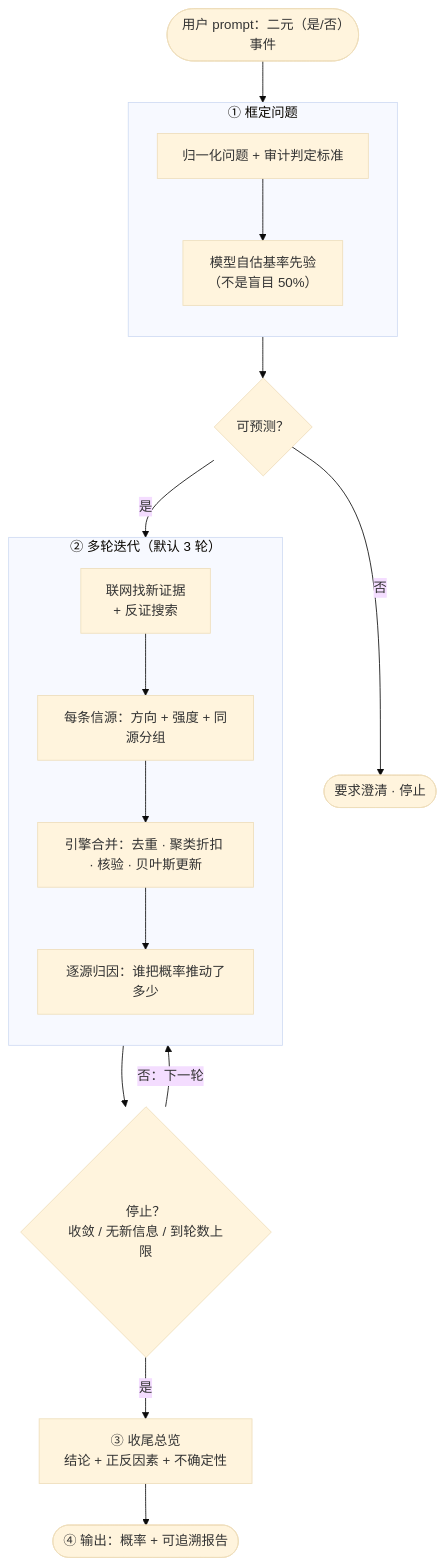
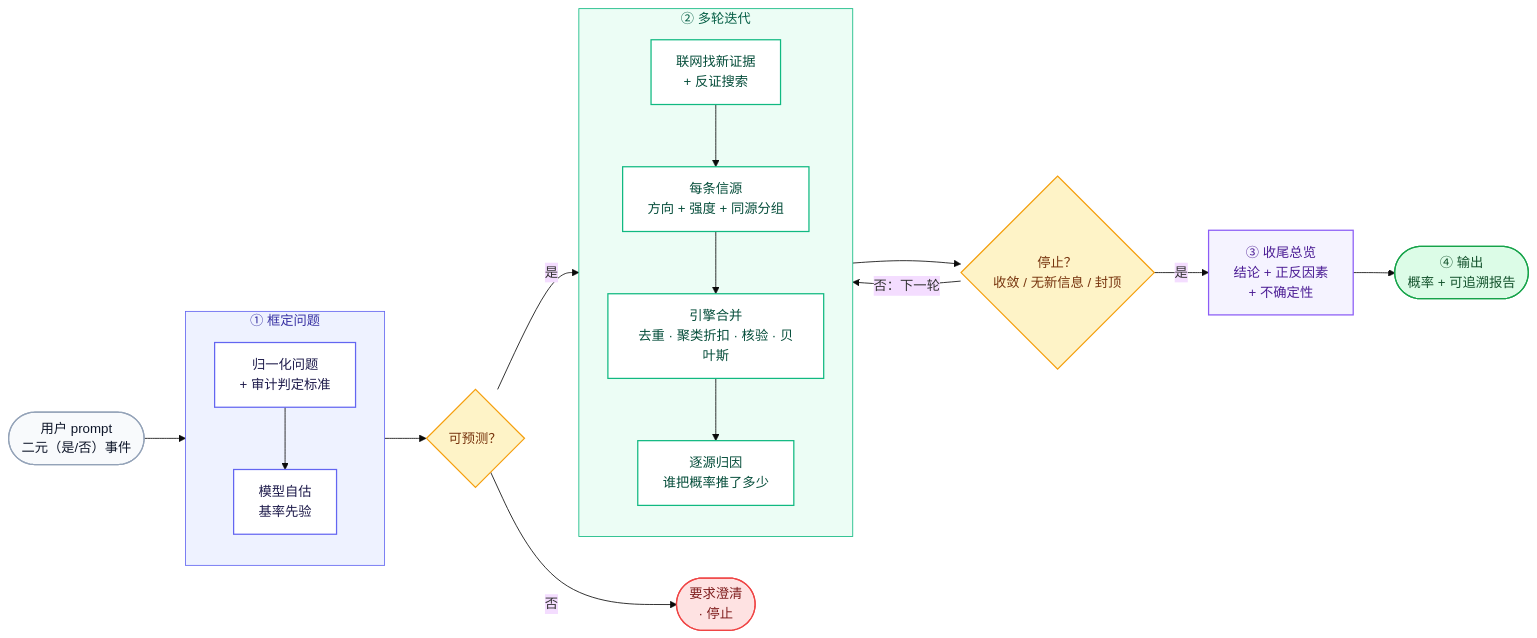
One commit to Alchemist-X/autonomous-poly-trading changed the first of 3 diagrams in scripts/forecast/DIAGRAM.md. Above: the diagram before and after it, drawn with Mermaid (base theme). The commit also changed other lines of this file, not shown here.

Commit message:
docs(forecast): horizontal colored overview diagram (drop round count)

````diff
--- a/scripts/forecast/DIAGRAM.md
+++ b/scripts/forecast/DIAGRAM.md
@@ -8,25 +8,44 @@
 ```mermaid
-flowchart TD
-    P(["用户 prompt：二元（是/否）事件"]) --> FRAME
+flowchart LR
+    P(["用户 prompt<br/>二元（是/否）事件"]) --> FRAME
 
     subgraph FRAME["① 框定问题"]
         direction TB
-        F["归一化问题 + 审计判定标准"] --> PR["模型自估基率先验<br/>（不是盲目 50%）"]
+        F["归一化问题<br/>+ 审计判定标准"] --> PR["模型自估<br/>基率先验"]
     end
 
     FRAME --> CHK{"可预测？"}
-    CHK -- 否 --> STOP(["要求澄清 · 停止"])
+    CHK -- 否 --> STOP(["要求澄清<br/>· 停止"])
     CHK -- 是 --> LOOP
 
-    subgraph LOOP["② 多轮迭代（默认 3 轮）"]
+    subgraph LOOP["② 多轮迭代"]
         direction TB
-        SE["联网找新证据<br/>+ 反证搜索"] --> SC["每条信源：方向 + 强度 + 同源分组"]
-        SC --> EN["引擎合并：去重 · 聚类折扣 · 核验 · 贝叶斯更新"]
-        EN --> AT["逐源归因：谁把概率推动了多少"]
+        SE["联网找新证据<br/>+ 反证搜索"] --> SC["每条信源<br/>方向 + 强度 + 同源分组"]
+        SC --> EN["引擎合并<br/>去重 · 聚类折扣 · 核验 · 贝叶斯"]
+        EN --> AT["逐源归因<br/>谁把概率推了多少"]
     end
 
-    LOOP --> Q{"停止？<br/>收敛 / 无新信息 / 到轮数上限"}
+    LOOP --> Q{"停止？<br/>收敛 / 无新信息 / 封顶"}
     Q -- "否：下一轮" --> LOOP
-    Q -- 是 --> SUM["③ 收尾总览<br/>结论 + 正反因素 + 不确定性"]
-    SUM --> OUT(["④ 输出：概率 + 可追溯报告"])
+    Q -- 是 --> SUM["③ 收尾总览<br/>结论 + 正反因素<br/>+ 不确定性"]
+    SUM --> OUT(["④ 输出<br/>概率 + 可追溯报告"])
+
+    classDef start fill:#F8FAFC,stroke:#94A3B8,stroke-width:1.5px,color:#0F172A
+    classDef stop fill:#FEE2E2,stroke:#EF4444,stroke-width:1.5px,color:#7F1D1D
+    classDef dec fill:#FEF3C7,stroke:#F59E0B,stroke-width:1.5px,color:#78350F
+    classDef fnode fill:#FFFFFF,stroke:#6366F1,stroke-width:1.5px,color:#1E1B4B
+    classDef lnode fill:#FFFFFF,stroke:#10B981,stroke-width:1.5px,color:#064E3B
+    classDef sum fill:#F5F3FF,stroke:#8B5CF6,stroke-width:1.5px,color:#4C1D95
+    classDef out fill:#DCFCE7,stroke:#16A34A,stroke-width:1.5px,color:#14532D
+
+    class P start
+    class STOP stop
+    class CHK,Q dec
+    class F,PR fnode
+    class SE,SC,EN,AT lnode
+    class SUM sum
+    class OUT out
+
+    style FRAME fill:#EEF2FF,stroke:#6366F1,color:#3730A3
+    style LOOP fill:#ECFDF5,stroke:#10B981,color:#065F46
 ```
````
